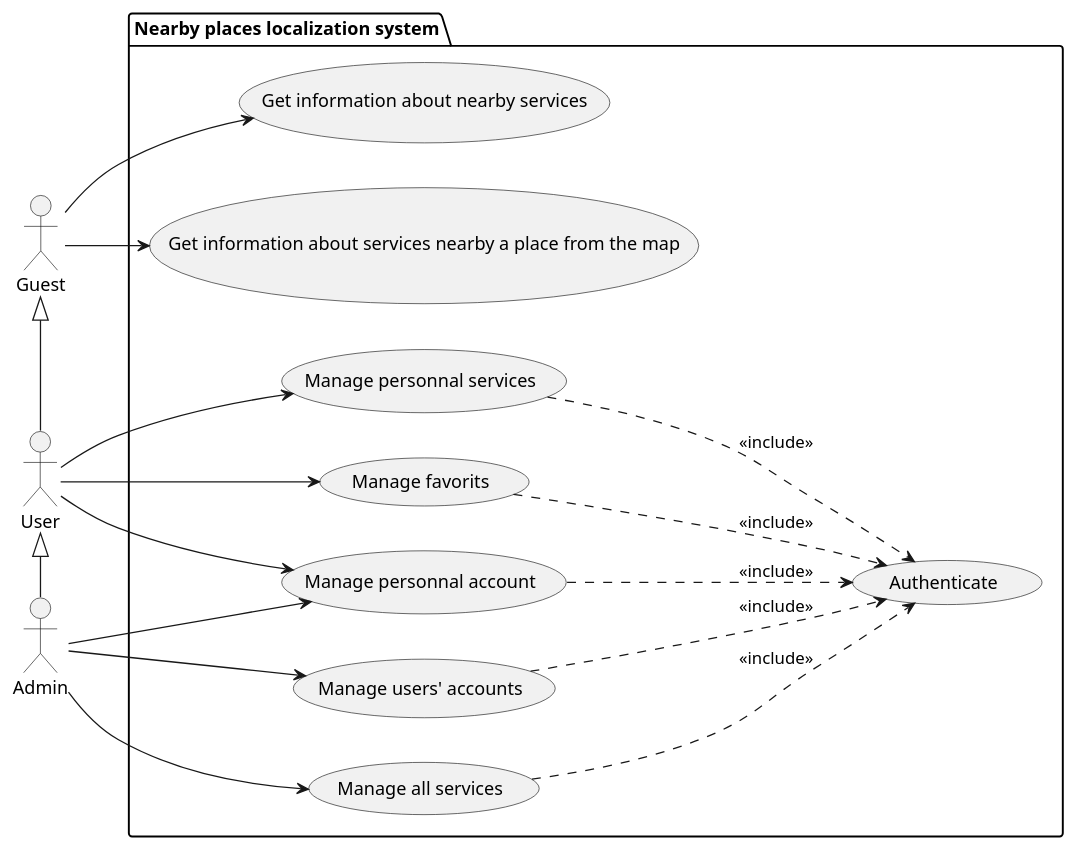
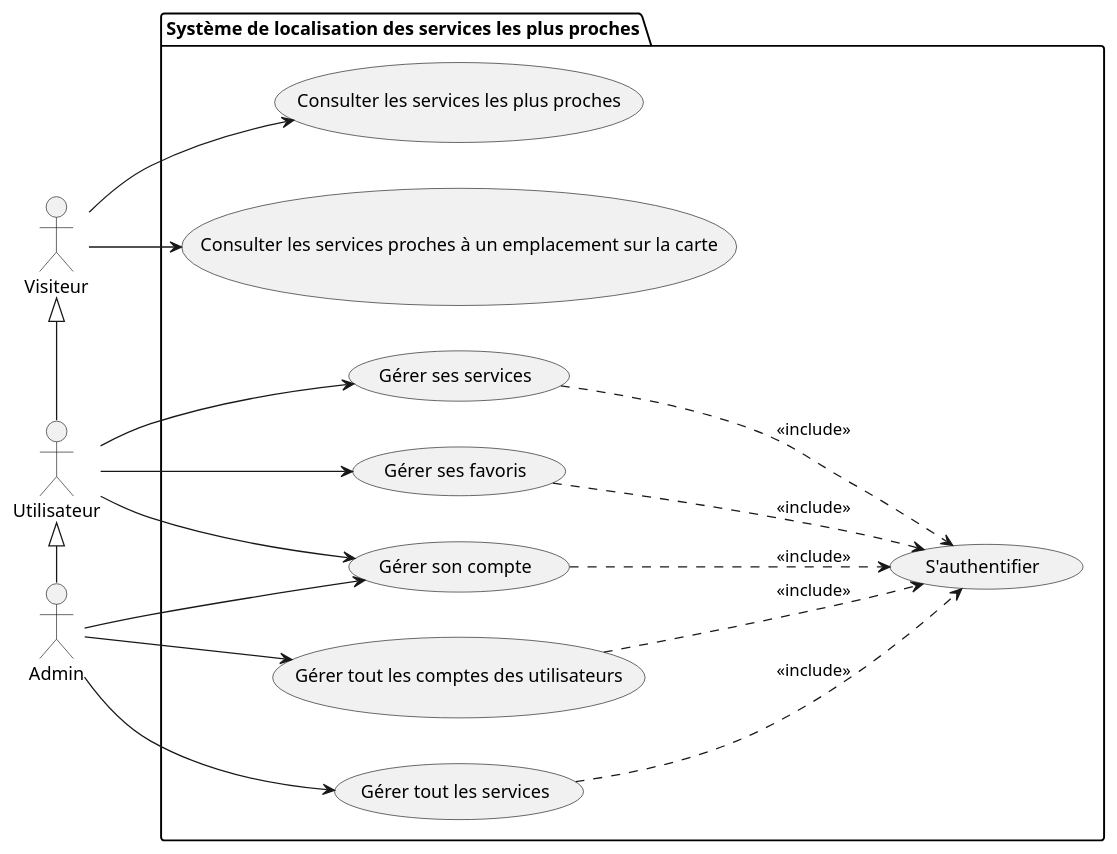
One commit to techguyseli/touristy changed the diagram in rapport/uml/plantuml/use_case.pu. Above: the diagram before and after it, drawn with PlantUML. The commit also changed 10 other files, not shown here.

Commit message:
fixed all uml

```diff
--- a/rapport/uml/plantuml/use_case.pu
+++ b/rapport/uml/plantuml/use_case.pu
@@ -1,41 +1,41 @@
 @startuml use_case
 left to right direction
 
 ' actors
-actor Guest as g
-actor User as u
+actor Visiteur as g
+actor Utilisateur as u
 actor Admin as a
 
 ' system package and use cases
-package "Nearby places localization system"{
-    usecase "Get information about nearby services" as g1
-    usecase "Get information about services nearby a place from the map" as g2
-    usecase "Authenticate" as auth
-    usecase "Manage favorits" as u2
-    usecase "Manage personnal account" as acc_man
-    usecase "Manage users' accounts" as a1
-    usecase "Manage personnal services" as personnal_service_management
-    usecase "Manage all services" as service_management
+package "Système de localisation des services les plus proches"{
+    usecase "Consulter les services les plus proches" as g1
+    usecase "Consulter les services proches à un emplacement sur la carte" as g2
+    usecase "S'authentifier" as auth
+    usecase "Gérer ses favoris" as u2
+    usecase "Gérer son compte" as acc_man
+    usecase "Gérer tout les comptes des utilisateurs" as a1
+    usecase "Gérer ses services" as personnal_service_management
+    usecase "Gérer tout les services" as service_management
 }
 
 ' use case main relations
 g --> g1
 g --> g2
 u --> u2
 u --> acc_man
 a --> a1
 a --> acc_man
 a --> service_management
 u --> personnal_service_management
 
 ' includes
 u2 ..> auth : <<include>>
 a1 ..> auth : <<include>>
 acc_man ..> auth : <<include>>
 service_management ..> auth : <<include>>
 personnal_service_management ..> auth : <<include>>
 
 ' generalization
 g <|- u
 u <|- a
 @enduml
```
